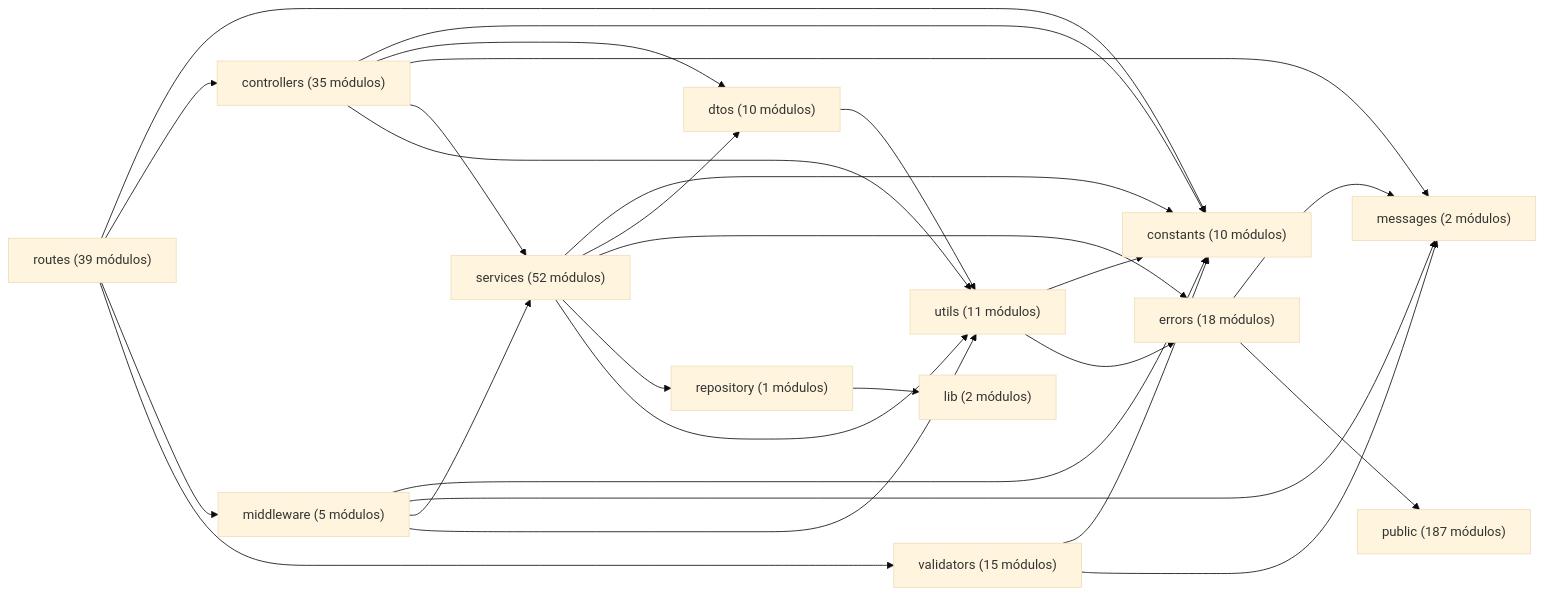
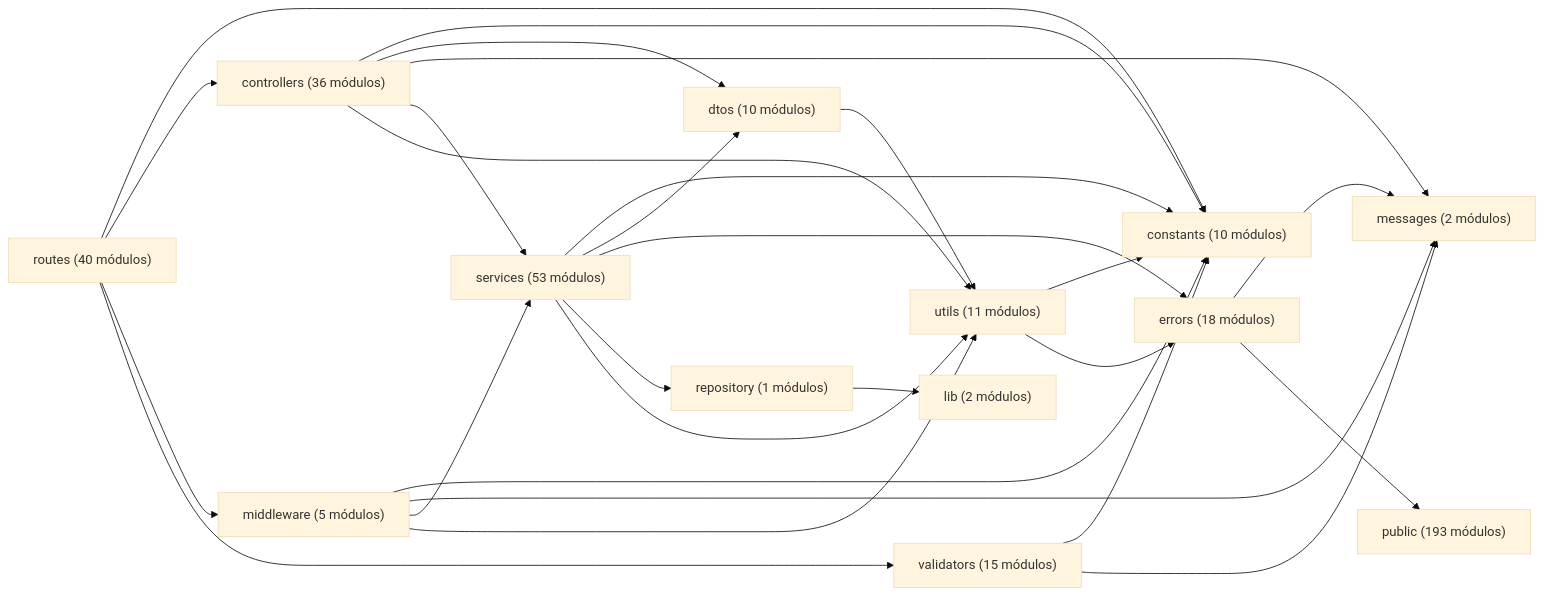
Before and after one commit to gpgsistemas01/nexus: the diagram in docs/architecture/views/development/code-map.md, drawn with Mermaid (base theme). The commit also changed other lines of this file and 93 other files, not shown here.

````diff
--- a/docs/architecture/views/development/code-map.md
+++ b/docs/architecture/views/development/code-map.md
@@ -14,29 +14,29 @@
 ```mermaid
 flowchart LR
-    controllers["controllers (35 módulos)"] --> constants["constants (10 módulos)"]
-    controllers["controllers (35 módulos)"] --> dtos["dtos (10 módulos)"]
-    controllers["controllers (35 módulos)"] --> messages["messages (2 módulos)"]
-    controllers["controllers (35 módulos)"] --> services["services (52 módulos)"]
-    controllers["controllers (35 módulos)"] --> utils["utils (11 módulos)"]
+    controllers["controllers (36 módulos)"] --> constants["constants (10 módulos)"]
+    controllers["controllers (36 módulos)"] --> dtos["dtos (10 módulos)"]
+    controllers["controllers (36 módulos)"] --> messages["messages (2 módulos)"]
+    controllers["controllers (36 módulos)"] --> services["services (53 módulos)"]
+    controllers["controllers (36 módulos)"] --> utils["utils (11 módulos)"]
     dtos["dtos (10 módulos)"] --> utils["utils (11 módulos)"]
     errors["errors (18 módulos)"] --> messages["messages (2 módulos)"]
-    errors["errors (18 módulos)"] --> public["public (187 módulos)"]
+    errors["errors (18 módulos)"] --> public["public (193 módulos)"]
     middleware["middleware (5 módulos)"] --> constants["constants (10 módulos)"]
     middleware["middleware (5 módulos)"] --> messages["messages (2 módulos)"]
-    middleware["middleware (5 módulos)"] --> services["services (52 módulos)"]
+    middleware["middleware (5 módulos)"] --> services["services (53 módulos)"]
     middleware["middleware (5 módulos)"] --> utils["utils (11 módulos)"]
     repository["repository (1 módulos)"] --> lib["lib (2 módulos)"]
-    routes["routes (39 módulos)"] --> constants["constants (10 módulos)"]
-    routes["routes (39 módulos)"] --> controllers["controllers (35 módulos)"]
-    routes["routes (39 módulos)"] --> middleware["middleware (5 módulos)"]
-    routes["routes (39 módulos)"] --> validators["validators (15 módulos)"]
-    services["services (52 módulos)"] --> constants["constants (10 módulos)"]
-    services["services (52 módulos)"] --> dtos["dtos (10 módulos)"]
-    services["services (52 módulos)"] --> errors["errors (18 módulos)"]
-    services["services (52 módulos)"] --> repository["repository (1 módulos)"]
-    services["services (52 módulos)"] --> utils["utils (11 módulos)"]
+    routes["routes (40 módulos)"] --> constants["constants (10 módulos)"]
+    routes["routes (40 módulos)"] --> controllers["controllers (36 módulos)"]
+    routes["routes (40 módulos)"] --> middleware["middleware (5 módulos)"]
+    routes["routes (40 módulos)"] --> validators["validators (15 módulos)"]
+    services["services (53 módulos)"] --> constants["constants (10 módulos)"]
+    services["services (53 módulos)"] --> dtos["dtos (10 módulos)"]
+    services["services (53 módulos)"] --> errors["errors (18 módulos)"]
+    services["services (53 módulos)"] --> repository["repository (1 módulos)"]
+    services["services (53 módulos)"] --> utils["utils (11 módulos)"]
     utils["utils (11 módulos)"] --> constants["constants (10 módulos)"]
     utils["utils (11 módulos)"] --> errors["errors (18 módulos)"]
     validators["validators (15 módulos)"] --> constants["constants (10 módulos)"]
     validators["validators (15 módulos)"] --> messages["messages (2 módulos)"]
 ```
````
